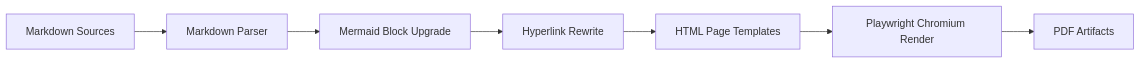
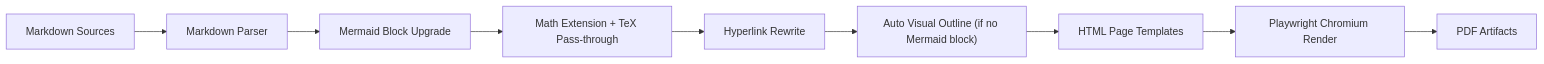
The first of 2 diagrams in docs/DOCS_AUTOMATION.md (TheColby/ecoSignalLab), drawn with Mermaid before and after one commit. The commit also changed other lines of this file and 8 other files, not shown here.

Commit message:
Guarantee mermaid+math rendering in docs outputs

````diff
--- a/docs/DOCS_AUTOMATION.md
+++ b/docs/DOCS_AUTOMATION.md
@@ -29,9 +29,11 @@
 ```mermaid
 flowchart LR
     A["Markdown Sources"] --> B["Markdown Parser"]
     B --> C["Mermaid Block Upgrade"]
-    C --> D["Hyperlink Rewrite"]
-    D --> E["HTML Page Templates"]
-    E --> F["Playwright Chromium Render"]
-    F --> G["PDF Artifacts"]
+    C --> D["Math Extension + TeX Pass-through"]
+    D --> E["Hyperlink Rewrite"]
+    E --> F["Auto Visual Outline (if no Mermaid block)"]
+    F --> G["HTML Page Templates"]
+    G --> H["Playwright Chromium Render"]
+    H --> I["PDF Artifacts"]
 ```
````
